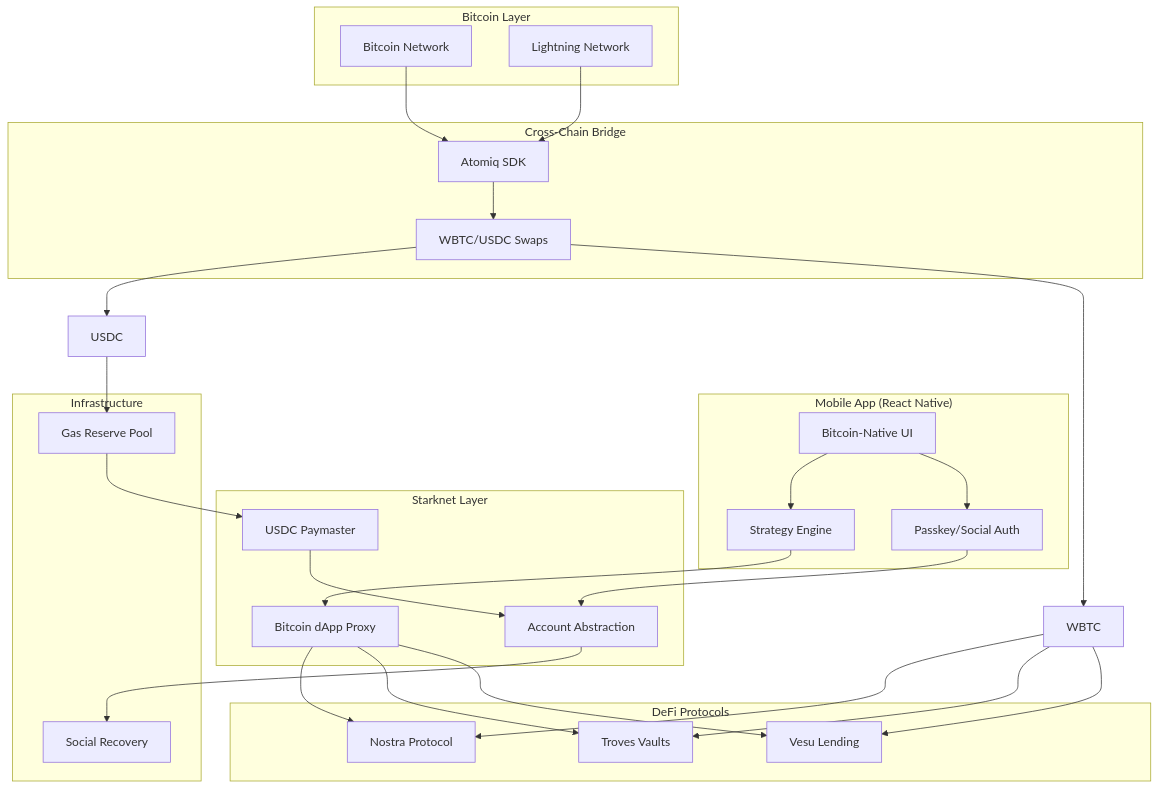
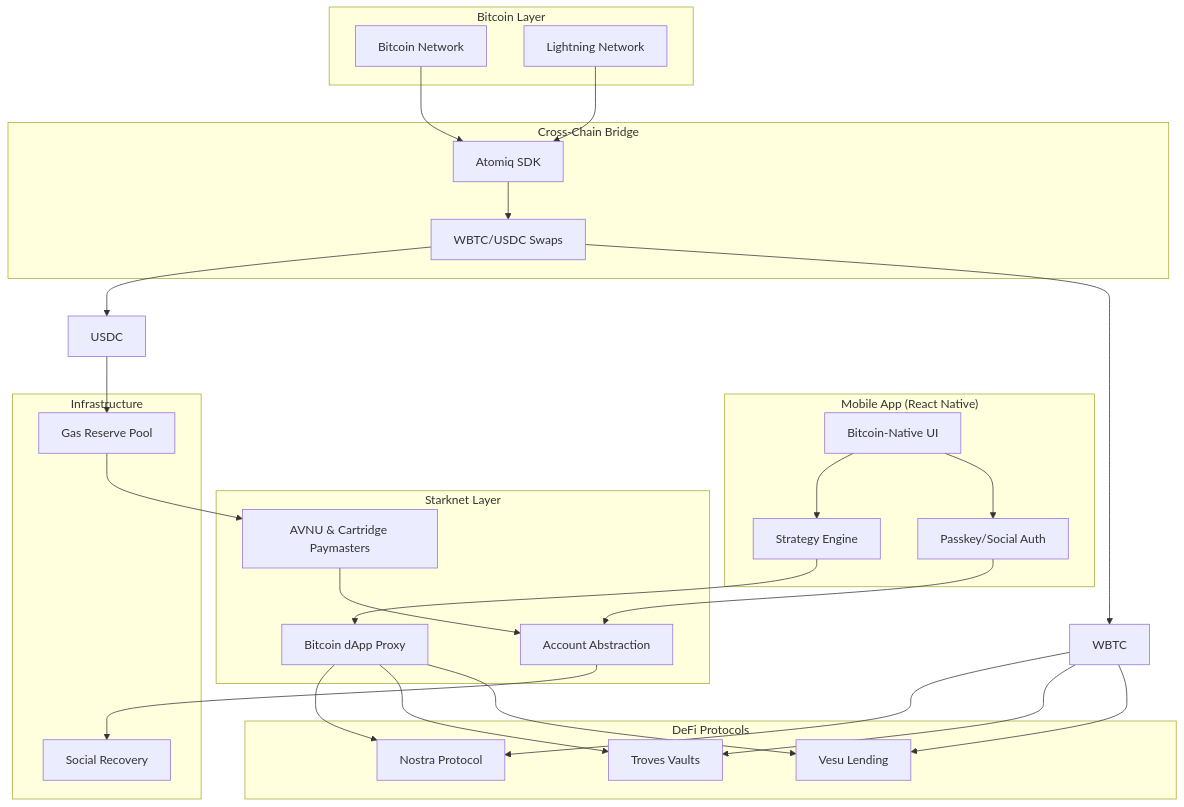
One commit to Vib-UX/UnleashBTC changed the first of 2 diagrams in README.md. Above: the diagram before and after it, drawn with Mermaid. The commit also changed other lines of this file, not shown here.

First line of the commit message:
docs: Enhance paymaster architecture documentation

````diff
--- a/README.md
+++ b/README.md
@@ -28,60 +28,60 @@
 ```mermaid
 graph TB
     subgraph "Bitcoin Layer"
         BTC[Bitcoin Network]
         LN[Lightning Network]
     end
 
     subgraph "Mobile App (React Native)"
         UI[Bitcoin-Native UI]
         Auth[Passkey/Social Auth]
         Strategy[Strategy Engine]
     end
 
     subgraph "Starknet Layer"
         AA[Account Abstraction]
-        Paymaster[USDC Paymaster]
+        Paymaster[AVNU & Cartridge Paymasters]
         Proxy[Bitcoin dApp Proxy]
     end
 
     subgraph "Cross-Chain Bridge"
         Atomiq[Atomiq SDK]
         Swap[WBTC/USDC Swaps]
     end
 
     subgraph "DeFi Protocols"
         Vesu[Vesu Lending]
         Troves[Troves Vaults]
         Nostra[Nostra Protocol]
     end
 
     subgraph "Infrastructure"
         Recovery[Social Recovery]
         GasReserve[Gas Reserve Pool]
     end
 
     UI --> Auth
     Auth --> AA
     UI --> Strategy
     Strategy --> Proxy
 
     BTC --> Atomiq
     LN --> Atomiq
     Atomiq --> Swap
     Swap --> WBTC[WBTC]
     Swap --> USDC[USDC]
 
     USDC --> GasReserve
     GasReserve --> Paymaster
     Paymaster --> AA
 
     WBTC --> Vesu
     WBTC --> Troves
     WBTC --> Nostra
 
     Proxy --> Vesu
     Proxy --> Troves
     Proxy --> Nostra
 
     AA --> Recovery
 ```
````
